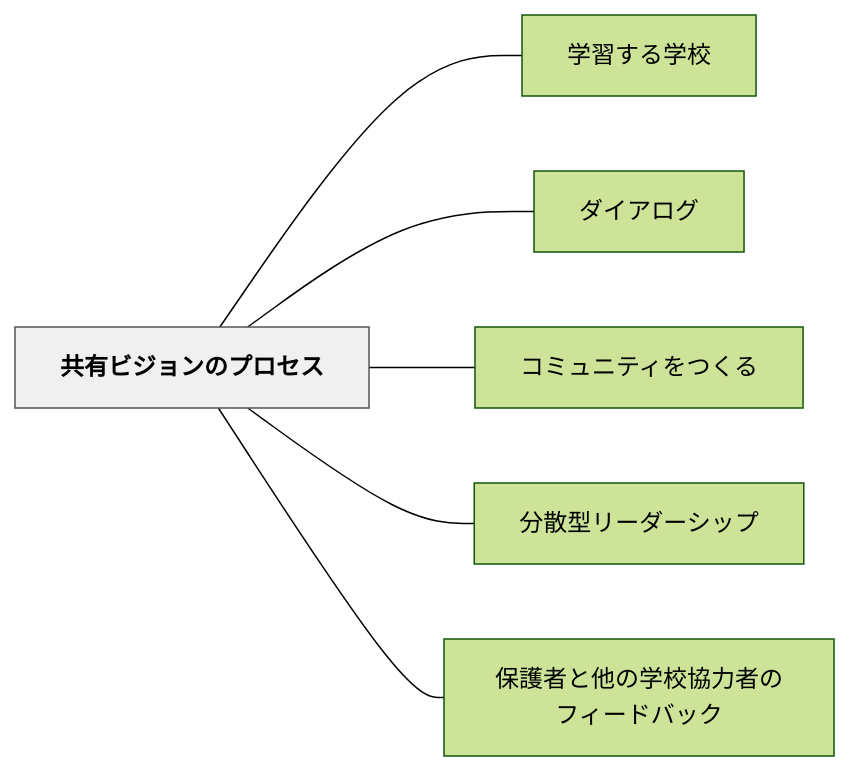
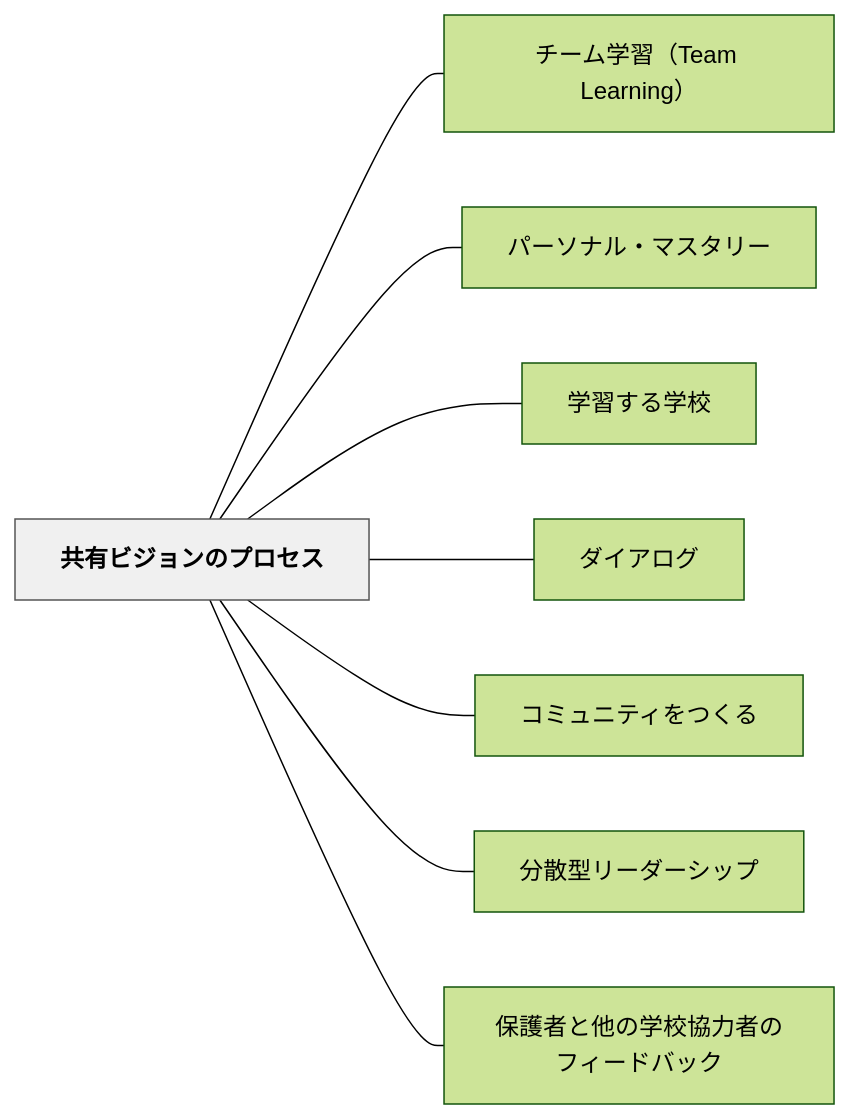
The diagram in content/パタン/共有ビジョンのプロセス.md (unknownthings-ed-patterns/unknownthings-ed-patterns), drawn with Mermaid (forest theme) before and after one commit. The commit also changed other lines of this file and 473 other files, not shown here.

````diff
--- a/content/パタン/共有ビジョンのプロセス.md
+++ b/content/パタン/共有ビジョンのプロセス.md
@@ -127,18 +129,22 @@
 ```mermaid
 flowchart LR
     ne585b1e69c89["共有ビジョンのプロセス"]
+    ne38381e383bc["チーム学習（Team Learning）"]
+    ne38391e383bc["パーソナル・マスタリー"]
     ne5ada6e7bf92["学習する学校"]
     ne38380e382a4["ダイアログ"]
     ne382b3e3839f["コミュニティをつくる"]
     ne58886e695a3["分散型リーダーシップ"]
     ne4bf9de8adb7["保護者と他の学校協力者のフィードバック"]
 
+    ne585b1e69c89 --- ne38381e383bc
+    ne585b1e69c89 --- ne38391e383bc
     ne585b1e69c89 --- ne5ada6e7bf92
     ne585b1e69c89 --- ne38380e382a4
     ne585b1e69c89 --- ne382b3e3839f
     ne585b1e69c89 --- ne58886e695a3
     ne585b1e69c89 --- ne4bf9de8adb7
 
     classDef hub fill:#f0f0f0,stroke:#555,color:#000,font-weight:bold
     class ne585b1e69c89 hub
 ```
````
